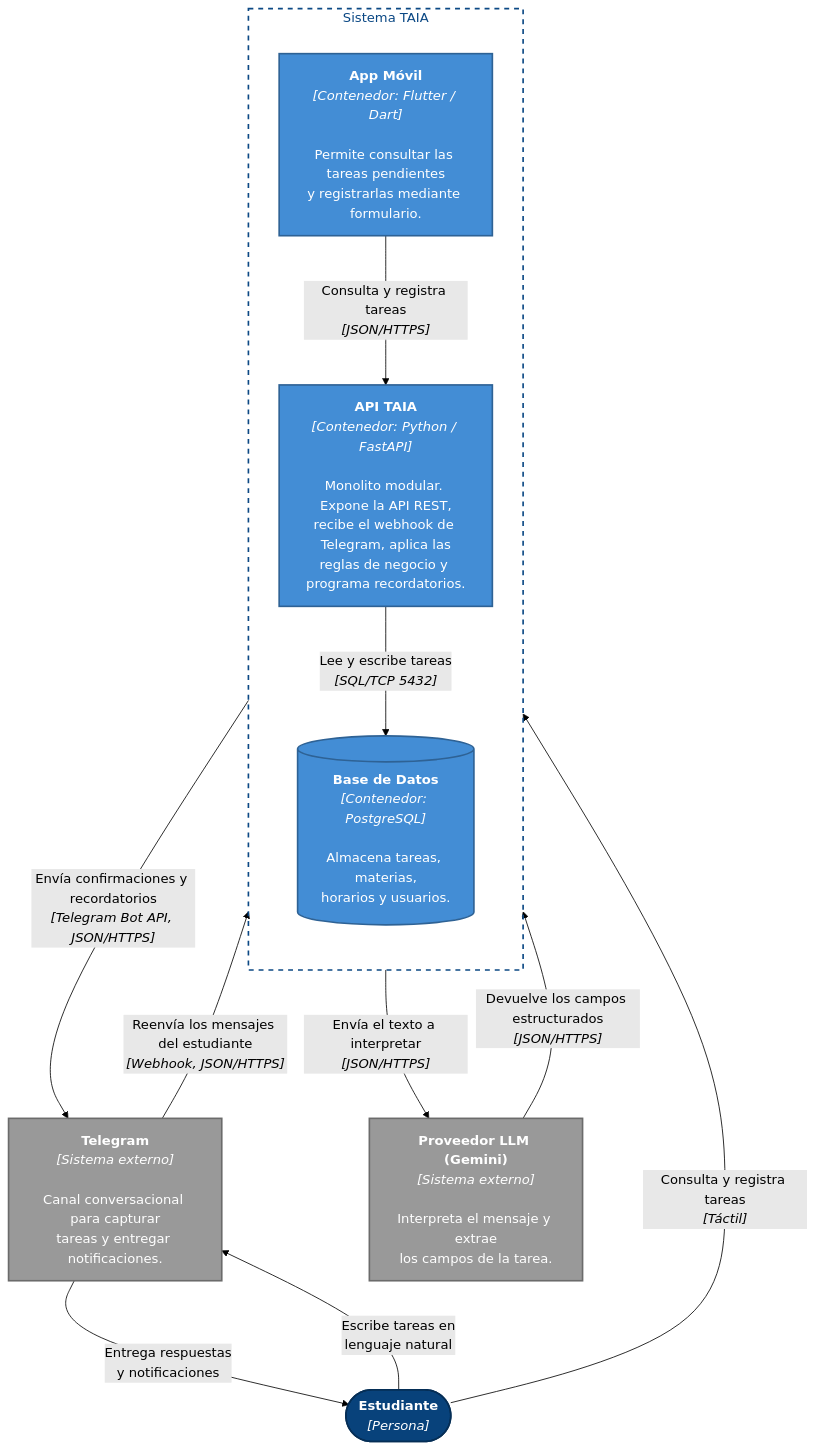
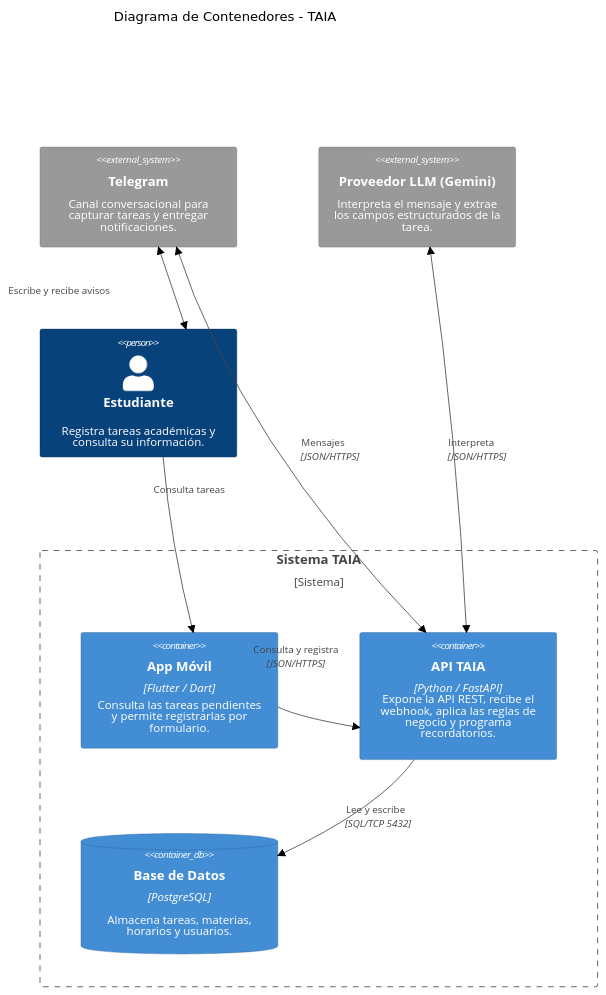
One commit to ISCOUTB/AS_202620_TAIA_-Task-Artificial-Intelligence-Assistant changed the diagram in docs/c4/C4-C2.md. Above: the diagram before and after it, drawn with Mermaid (forest theme). The commit also changed other lines of this file and 1 other file, not shown here.

Commit message:
docs: all c4 now use C4context diagram

````diff
--- a/docs/c4/C4-C2.md
+++ b/docs/c4/C4-C2.md
@@ -8,39 +4,40 @@
 ```mermaid
-%%{init: {"flowchart": {"curve": "basis", "nodeSpacing": 55, "rankSpacing": 85}}}%%
-flowchart TB
-    estudiante(["<b>Estudiante</b><br/><i>[Persona]</i>"])
+---
+config:
+  wrap: true
+  c4:
+    width: 240
+---
+C4Container
+    title Diagrama de Contenedores - TAIA
 
-    telegram["<b>Telegram</b><br/><i>[Sistema externo]</i><br/><br/>Canal conversacional para capturar<br/>tareas y entregar notificaciones."]
+    System_Ext(telegram, "Telegram", "Canal conversacional para capturar tareas y entregar notificaciones.")
+    System_Ext(gemini, "Proveedor LLM (Gemini)", "Interpreta el mensaje y extrae los campos estructurados de la tarea.")
+    Person(estudiante, "Estudiante", "Registra tareas académicas y consulta su información.")
 
-    subgraph taia["Sistema TAIA"]
-        direction TB
-        appmovil["<b>App Móvil</b><br/><i>[Contenedor: Flutter / Dart]</i><br/><br/>Permite consultar las tareas pendientes<br/>y registrarlas mediante formulario."]
-        api["<b>API TAIA</b><br/><i>[Contenedor: Python / FastAPI]</i><br/><br/>Monolito modular. Expone la API REST,<br/>recibe el webhook de Telegram, aplica las<br/>reglas de negocio y programa recordatorios."]
-        db[("<b>Base de Datos</b><br/><i>[Contenedor: PostgreSQL]</i><br/><br/>Almacena tareas, materias,<br/>horarios y usuarios.")]
-    end
+    Boundary(taia, "Sistema TAIA", "Sistema") {
+        Container(appmovil, "App Móvil", "Flutter / Dart", "Consulta las tareas pendientes y permite registrarlas por formulario.")
+        Container(api, "API TAIA", "Python / FastAPI", "Expone la API REST, recibe el webhook, aplica las reglas de negocio y programa recordatorios.")
+        ContainerDb(db, "Base de Datos", "PostgreSQL", "Almacena tareas, materias, horarios y usuarios.")
+    }
 
-    gemini["<b>Proveedor LLM (Gemini)</b><br/><i>[Sistema externo]</i><br/><br/>Interpreta el mensaje y extrae<br/>los campos de la tarea."]
+    BiRel(estudiante, telegram, "Escribe y recibe avisos")
+    Rel(estudiante, appmovil, "Consulta tareas")
+    BiRel(telegram, api, "Mensajes", "JSON/HTTPS")
+    BiRel(api, gemini, "Interpreta", "JSON/HTTPS")
+    Rel(appmovil, api, "Consulta y registra", "JSON/HTTPS")
+    Rel(api, db, "Lee y escribe", "SQL/TCP 5432")
 
-    estudiante -->|"Consulta y registra tareas<br/><i>[Táctil]</i>"| appmovil
-    estudiante -->|"Escribe tareas en<br/>lenguaje natural"| telegram
-    telegram -->|"Entrega respuestas<br/>y notificaciones"| estudiante
+    UpdateElementStyle(estudiante, $bgColor="#08427b", $fontColor="#ffffff", $borderColor="#052e56")
+    UpdateElementStyle(appmovil, $bgColor="#438dd5", $fontColor="#ffffff", $borderColor="#2e6295")
+    UpdateElementStyle(api, $bgColor="#438dd5", $fontColor="#ffffff", $borderColor="#2e6295")
+    UpdateElementStyle(db, $bgColor="#438dd5", $fontColor="#ffffff", $borderColor="#2e6295")
+    UpdateElementStyle(telegram, $bgColor="#999999", $fontColor="#ffffff", $borderColor="#6b6b6b")
+    UpdateElementStyle(gemini, $bgColor="#999999", $fontColor="#ffffff", $borderColor="#6b6b6b")
 
-    appmovil -->|"Consulta y registra tareas<br/><i>[JSON/HTTPS]</i>"| api
-    telegram -->|"Reenvía los mensajes del estudiante<br/><i>[Webhook, JSON/HTTPS]</i>"| api
-    api -->|"Envía confirmaciones y recordatorios<br/><i>[Telegram Bot API, JSON/HTTPS]</i>"| telegram
+    UpdateRelStyle(estudiante, telegram, $offsetX="-200", $offsetY="0")
+    UpdateRelStyle(estudiante, appmovil, $offsetX="-30", $offsetY="-70")
+    UpdateRelStyle(appmovil, api, $offsetX="-80", $offsetY="-85")
 
-    api -->|"Envía el texto a interpretar<br/><i>[JSON/HTTPS]</i>"| gemini
-    gemini -->|"Devuelve los campos estructurados<br/><i>[JSON/HTTPS]</i>"| api
-
-    api -->|"Lee y escribe tareas<br/><i>[SQL/TCP 5432]</i>"| db
-
-    classDef person fill:#08427b,stroke:#052e56,stroke-width:2px,color:#ffffff
-    classDef container fill:#438dd5,stroke:#2e6295,stroke-width:2px,color:#ffffff
-    classDef external fill:#999999,stroke:#6b6b6b,stroke-width:2px,color:#ffffff
-    classDef boundaryStyle fill:none,stroke:#0b4884,stroke-width:2px,stroke-dasharray:6 6,color:#0b4884
-
-    class estudiante person
-    class appmovil,api,db container
-    class telegram,gemini external
-    class taia boundaryStyle
+    UpdateLayoutConfig($c4ShapeInRow="2", $c4BoundaryInRow="1")
 ```
````
